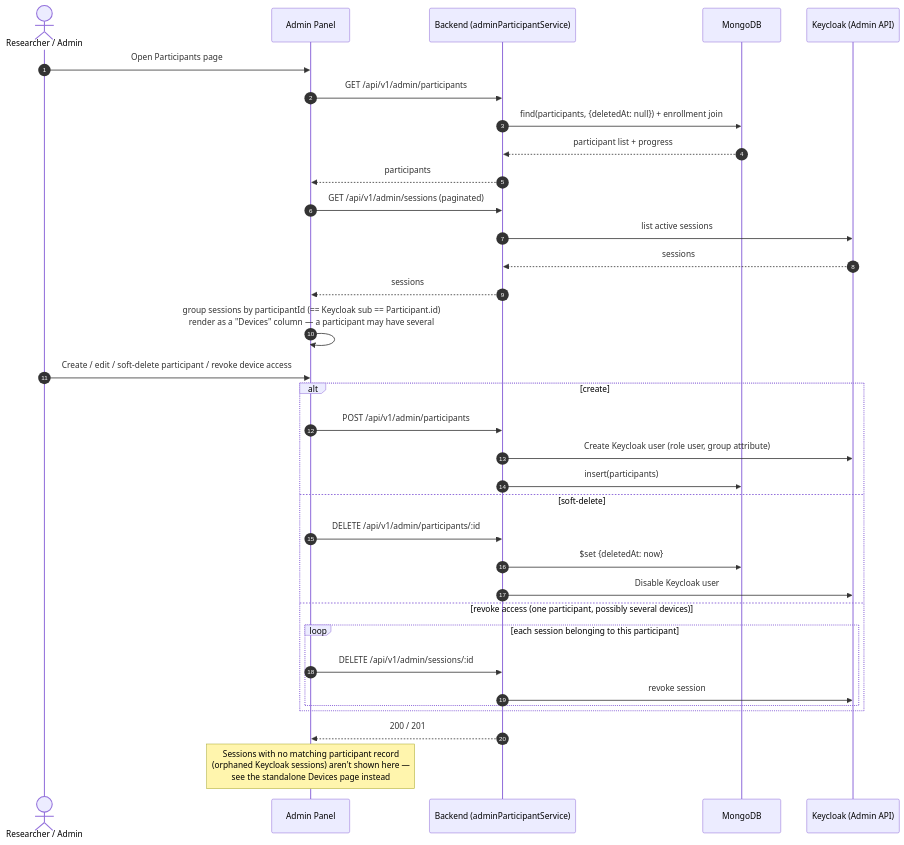
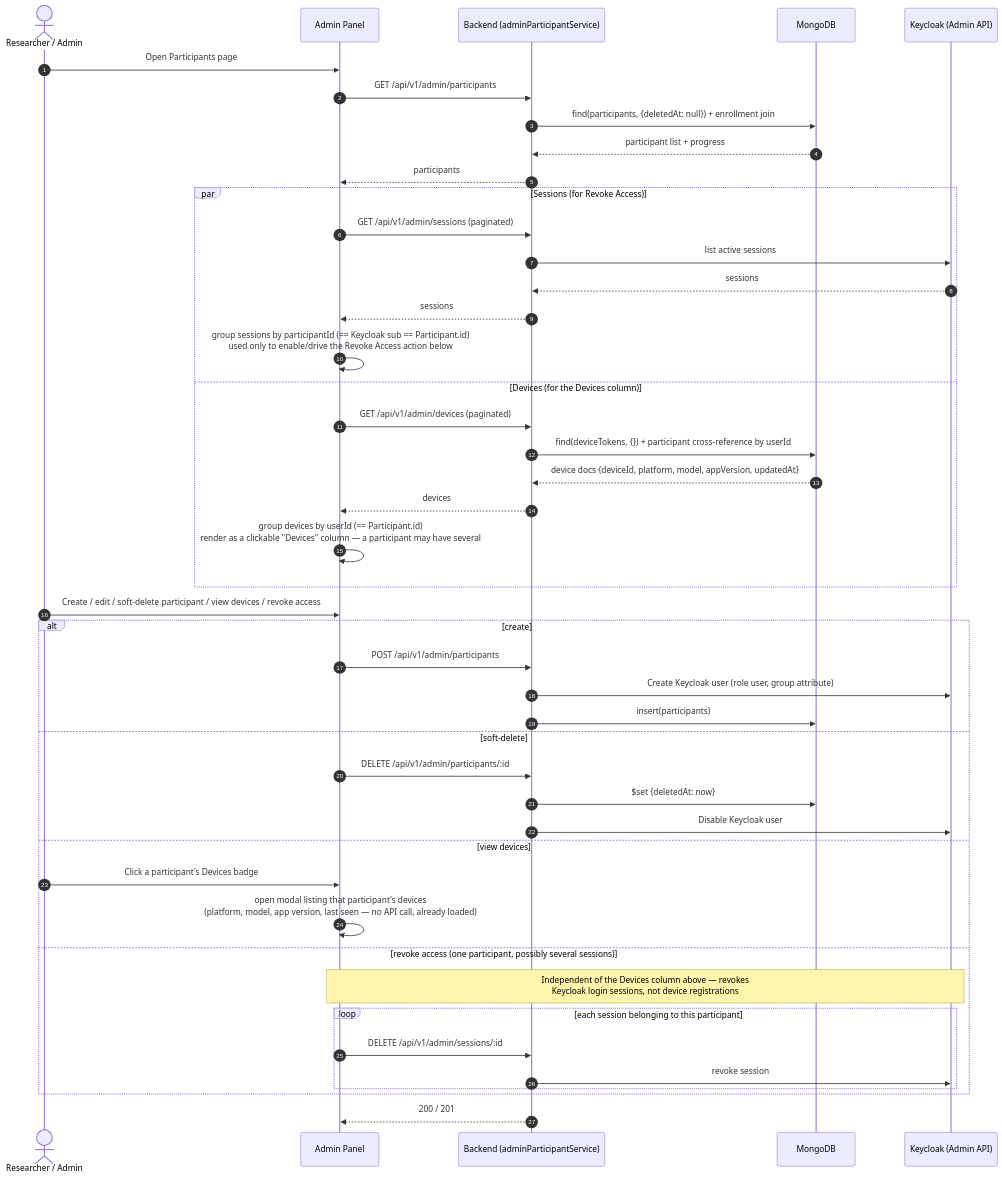
One commit to Bulgy404/health-habit-hub changed the diagram in docs/diagrams/sequences/UC-18-manage-participants.mmd. Above: the diagram before and after it, drawn with Mermaid. The commit also changed 27 other files, not shown here.

```diff
--- a/docs/diagrams/sequences/UC-18-manage-participants.mmd
+++ b/docs/diagrams/sequences/UC-18-manage-participants.mmd
@@ -1,38 +1,53 @@
 %% UC-18 — Manage participants
-%% Devices/sessions merged into this page: admin/src/app/(admin)/participants/page.tsx
+%% Devices merged into this page: admin/src/app/(admin)/participants/page.tsx
+%% Two separate data sources feed this one page — never conflated:
+%%   sessions (Keycloak logins, GET/DELETE /admin/sessions) drives Revoke Access only
+%%   devices  (deviceTokens registrations, GET /admin/devices) drives the Devices column/modal only
 sequenceDiagram
     autonumber
     actor R as Researcher / Admin
     participant AP as Admin Panel
     participant B as Backend (adminParticipantService)
     participant M as MongoDB
     participant KC as Keycloak (Admin API)
 
     R->>AP: Open Participants page
     AP->>B: GET /api/v1/admin/participants
     B->>M: find(participants, {deletedAt: null}) + enrollment join
     M-->>B: participant list + progress
     B-->>AP: participants
-    AP->>B: GET /api/v1/admin/sessions (paginated)
-    B->>KC: list active sessions
-    KC-->>B: sessions
-    B-->>AP: sessions
-    AP->>AP: group sessions by participantId (== Keycloak sub == Participant.id)<br/>render as a "Devices" column — a participant may have several
-    R->>AP: Create / edit / soft-delete participant / revoke device access
+
+    par Sessions (for Revoke Access)
+        AP->>B: GET /api/v1/admin/sessions (paginated)
+        B->>KC: list active sessions
+        KC-->>B: sessions
+        B-->>AP: sessions
+        AP->>AP: group sessions by participantId (== Keycloak sub == Participant.id)<br/>used only to enable/drive the Revoke Access action below
+    and Devices (for the Devices column)
+        AP->>B: GET /api/v1/admin/devices (paginated)
+        B->>M: find(deviceTokens, {}) + participant cross-reference by userId
+        M-->>B: device docs {deviceId, platform, model, appVersion, updatedAt}
+        B-->>AP: devices
+        AP->>AP: group devices by userId (== Participant.id)<br/>render as a clickable "Devices" column — a participant may have several
+    end
+
+    R->>AP: Create / edit / soft-delete participant / view devices / revoke access
     alt create
         AP->>B: POST /api/v1/admin/participants
         B->>KC: Create Keycloak user (role user, group attribute)
         B->>M: insert(participants)
     else soft-delete
         AP->>B: DELETE /api/v1/admin/participants/:id
         B->>M: $set {deletedAt: now}
         B->>KC: Disable Keycloak user
-    else revoke access (one participant, possibly several devices)
+    else view devices
+        R->>AP: Click a participant's Devices badge
+        AP->>AP: open modal listing that participant's devices<br/>(platform, model, app version, last seen — no API call, already loaded)
+    else revoke access (one participant, possibly several sessions)
+        Note over AP,KC: Independent of the Devices column above — revokes<br/>Keycloak login sessions, not device registrations
         loop each session belonging to this participant
             AP->>B: DELETE /api/v1/admin/sessions/:id
             B->>KC: revoke session
         end
     end
     B-->>AP: 200 / 201
-
-    Note over AP: Sessions with no matching participant record<br/>(orphaned Keycloak sessions) aren't shown here —<br/>see the standalone Devices page instead
```
